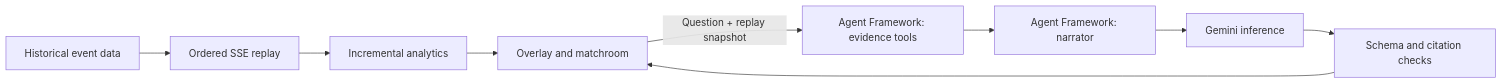
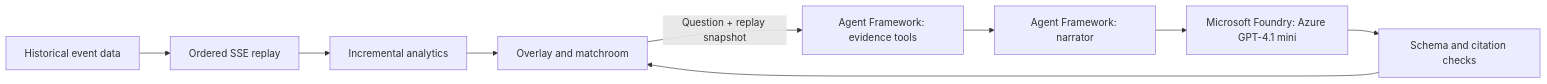
Before and after one commit to hadisotudeh/Inside-the-Game-Hackathon: the diagram in README.md, drawn with Mermaid. The commit also changed other lines of this file and 49 other files, not shown here.

````diff
--- a/README.md
+++ b/README.md
@@ -69,11 +83,11 @@
 ```mermaid
 flowchart LR
     Data[Historical event data] --> Replay[Ordered SSE replay]
     Replay --> State[Incremental analytics]
     State --> Screen[Overlay and matchroom]
     Screen -->|Question + replay snapshot| Evidence[Agent Framework: evidence tools]
     Evidence --> Narrator[Agent Framework: narrator]
-    Narrator --> Gemini[Gemini inference]
-    Gemini --> Check[Schema and citation checks]
+    Narrator --> Foundry[Microsoft Foundry: Azure GPT-4.1 mini]
+    Foundry --> Check[Schema and citation checks]
     Check --> Screen
 ```
````
